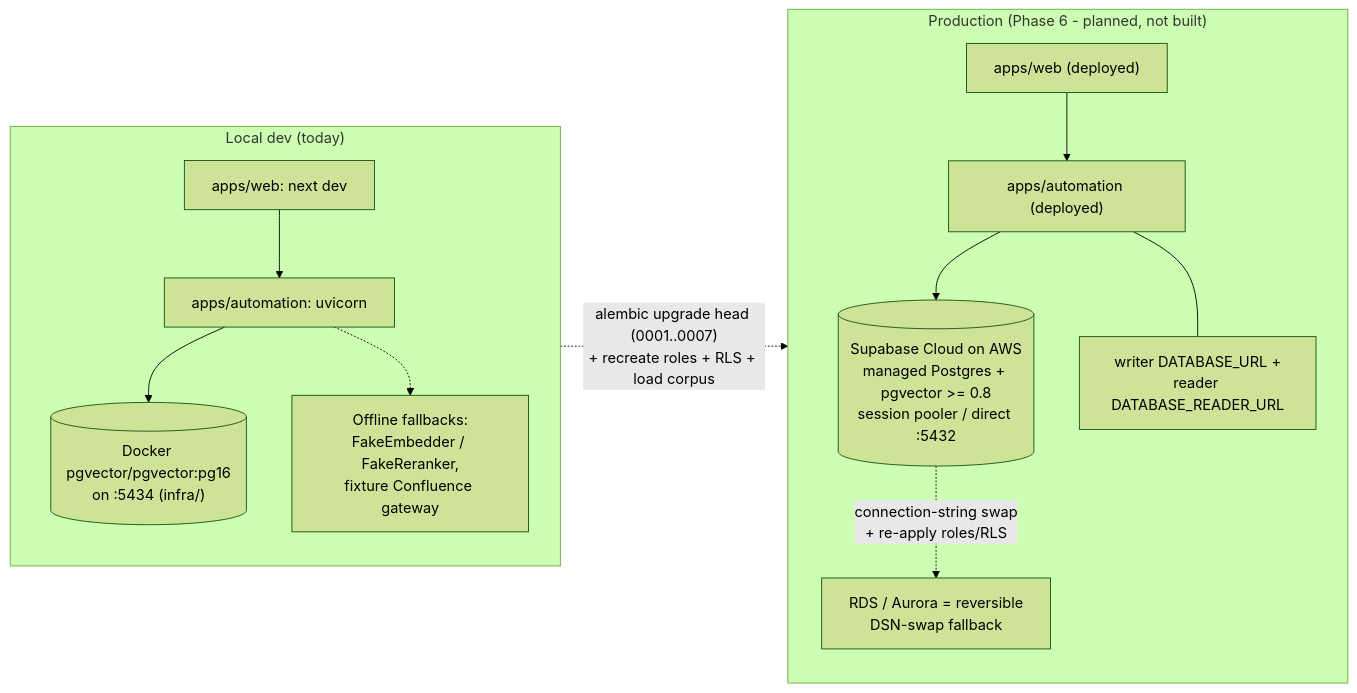
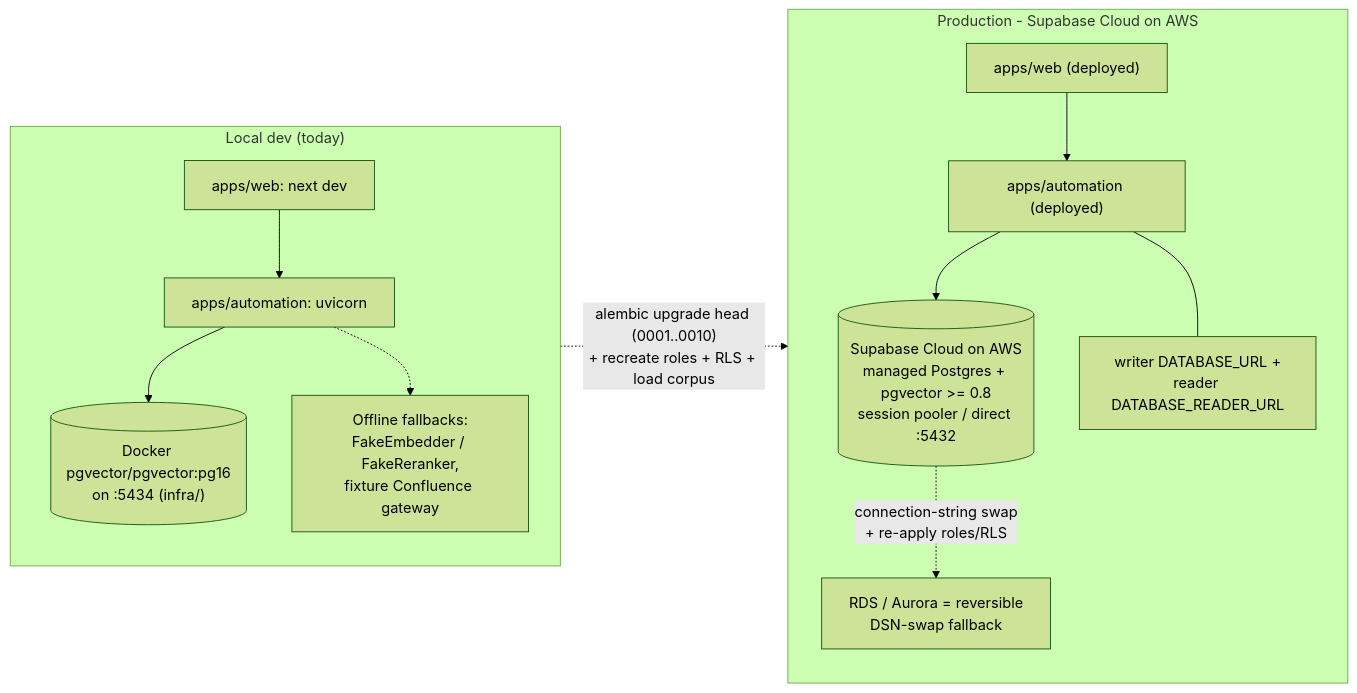
One commit to vansteenbergenmatisse/Obi_v1 changed the sixth of 6 diagrams in docs/final_design/06-system-visualization.md. Above: the diagram before and after it, drawn with Mermaid (forest theme). The commit also changed other lines of this file and 6 other files, not shown here.

First line of the commit message:
docs(final_design): reframe as target design of record, not as-built

````diff
--- a/docs/final_design/06-system-visualization.md
+++ b/docs/final_design/06-system-visualization.md
@@ -301,24 +303,24 @@
 ```mermaid
 flowchart LR
   subgraph DEV["Local dev (today)"]
     direction TB
     D1["apps/web: next dev"]
     D2["apps/automation: uvicorn"]
     D3[("Docker pgvector/pgvector:pg16<br/>on :5434 (infra/)")]
     D4["Offline fallbacks:<br/>FakeEmbedder / FakeReranker,<br/>fixture Confluence gateway"]
     D1 --> D2 --> D3
     D2 -.-> D4
   end
-  subgraph PROD["Production (Phase 6 - planned, not built)"]
+  subgraph PROD["Production - Supabase Cloud on AWS"]
     direction TB
     P1["apps/web (deployed)"]
     P2["apps/automation (deployed)"]
     P3[("Supabase Cloud on AWS<br/>managed Postgres + pgvector >= 0.8<br/>session pooler / direct :5432")]
     P4["writer DATABASE_URL +<br/>reader DATABASE_READER_URL"]
     P5["RDS / Aurora = reversible<br/>DSN-swap fallback"]
     P1 --> P2 --> P3
     P2 --- P4
     P3 -. "connection-string swap<br/>+ re-apply roles/RLS" .-> P5
   end
-  DEV -. "alembic upgrade head (0001..0007)<br/>+ recreate roles + RLS + load corpus" .-> PROD
+  DEV -. "alembic upgrade head (0001..0010)<br/>+ recreate roles + RLS + load corpus" .-> PROD
 ```
````
